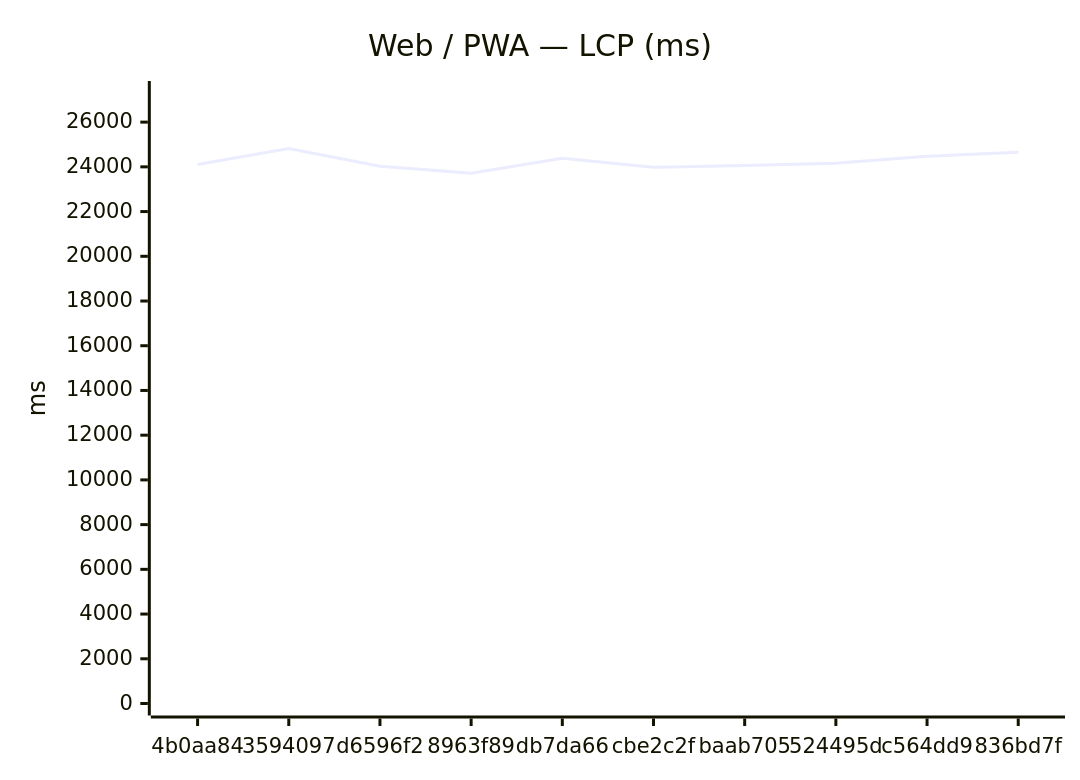
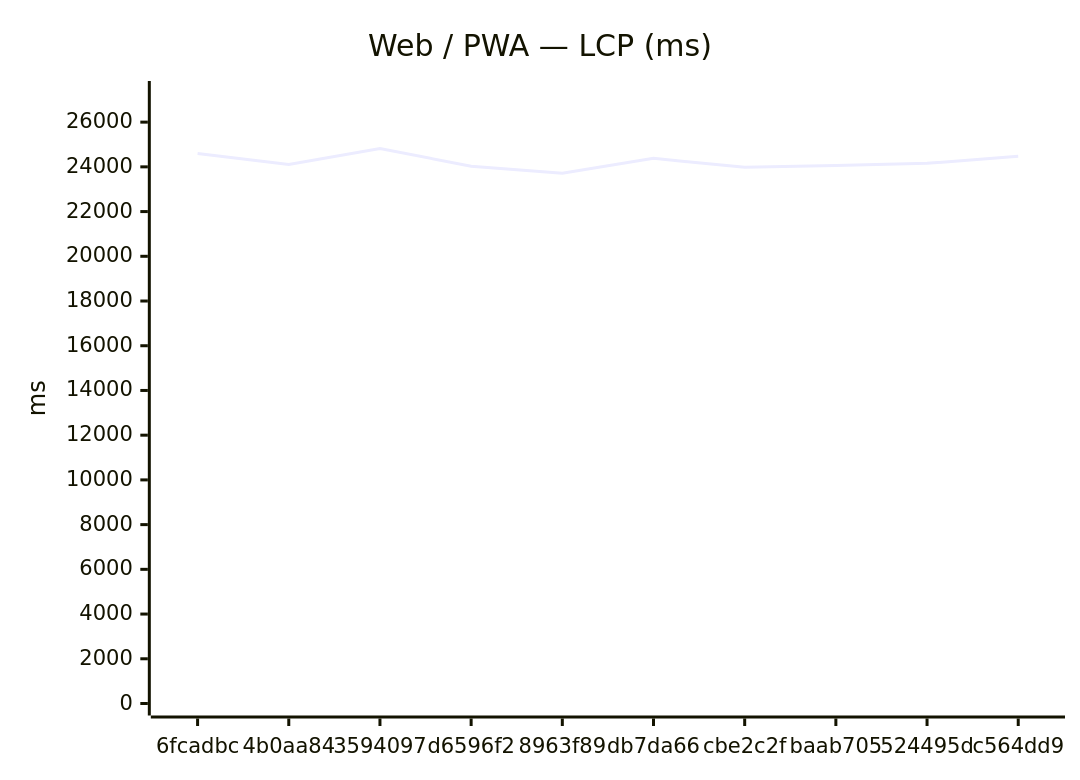
Before and after one commit to Metaheurist/Rianell: the first of 12 diagrams in benchmarks/compare.md, drawn with Mermaid. The commit also changed other lines of this file and 8 other files, not shown here.

````diff
--- a/benchmarks/compare.md
+++ b/benchmarks/compare.md
@@ -24,7 +24,7 @@
 ```mermaid
 xychart-beta
     title "Web / PWA — LCP (ms)"
-    x-axis ["4b0aa84", "3594097", "d6596f2", "8963f89", "db7da66", "cbe2c2f", "baab705", "524495d", "c564dd9", "836bd7f"]
+    x-axis ["6fcadbc", "4b0aa84", "3594097", "d6596f2", "8963f89", "db7da66", "cbe2c2f", "baab705", "524495d", "c564dd9"]
     y-axis "ms" 0 --> 27303
-    line [24101, 24820, 24030, 23715, 24380, 23980, 24058, 24158, 24475, 24652]
+    line [24599, 24101, 24820, 24030, 23715, 24380, 23980, 24058, 24158, 24475]
 ```
````
